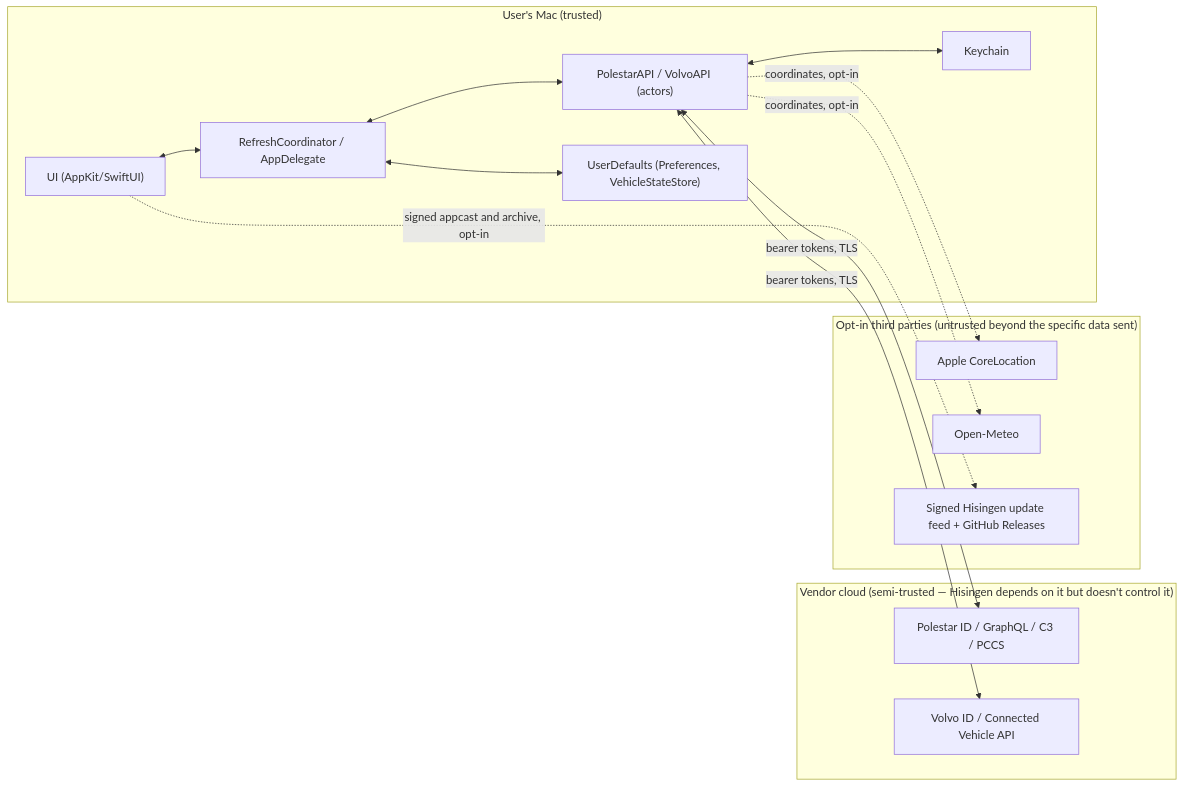
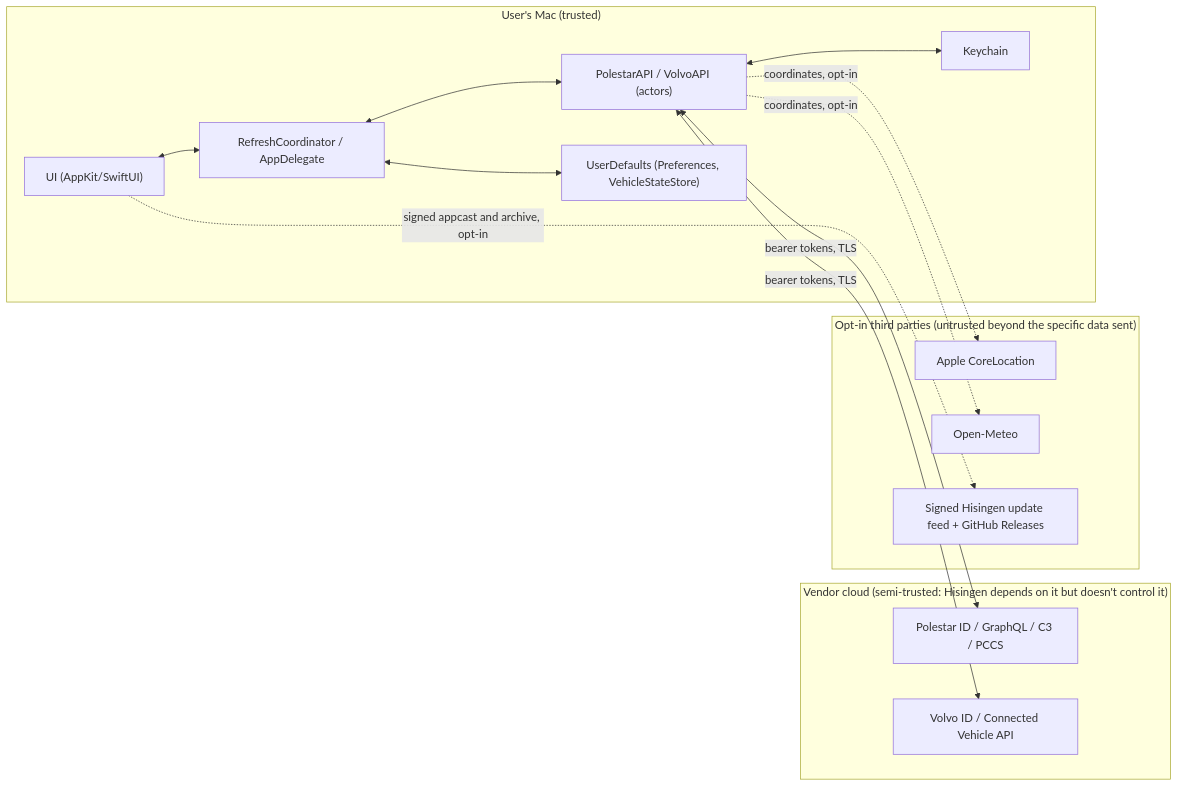
The diagram in docs/security/overview.md (NicolasKheirallah/Hisingen), drawn with Mermaid before and after one commit. The commit also changed other lines of this file and 260 other files, not shown here.

````diff
--- a/docs/security/overview.md
+++ b/docs/security/overview.md
@@ -7,29 +7,29 @@
 ```mermaid
 flowchart LR
     subgraph Mac["User's Mac (trusted)"]
         UI["UI (AppKit/SwiftUI)"]
         RC["RefreshCoordinator / AppDelegate"]
         Prov["PolestarAPI / VolvoAPI (actors)"]
         KC["Keychain"]
         Prefs["UserDefaults (Preferences, VehicleStateStore)"]
     end
-    subgraph Vendor["Vendor cloud (semi-trusted — Hisingen depends on it but doesn't control it)"]
+    subgraph Vendor["Vendor cloud (semi-trusted: Hisingen depends on it but doesn't control it)"]
         PID["Polestar ID / GraphQL / C3 / PCCS"]
         VID["Volvo ID / Connected Vehicle API"]
     end
     subgraph ThirdParty["Opt-in third parties (untrusted beyond the specific data sent)"]
         Geo["Apple CoreLocation"]
         Meteo["Open-Meteo"]
         GH["Signed Hisingen update feed + GitHub Releases"]
     end
 
     UI <--> RC
     RC <--> Prov
     Prov <--> KC
     RC <--> Prefs
     Prov <-->|bearer tokens, TLS| PID
     Prov <-->|bearer tokens, TLS| VID
     Prov -.->|coordinates, opt-in| Geo
     Prov -.->|coordinates, opt-in| Meteo
     UI -.->|signed appcast and archive, opt-in| GH
 ```
````
